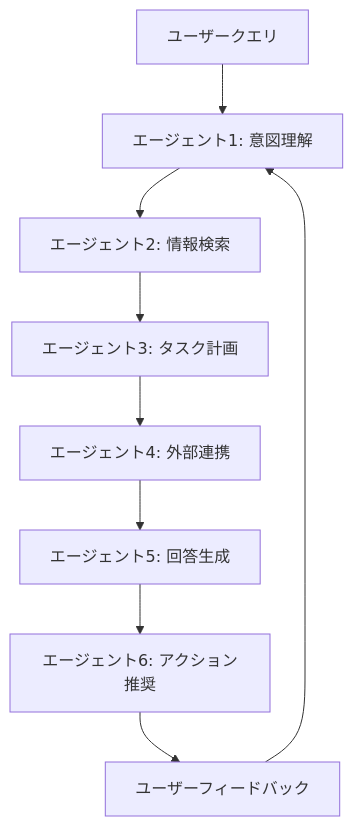
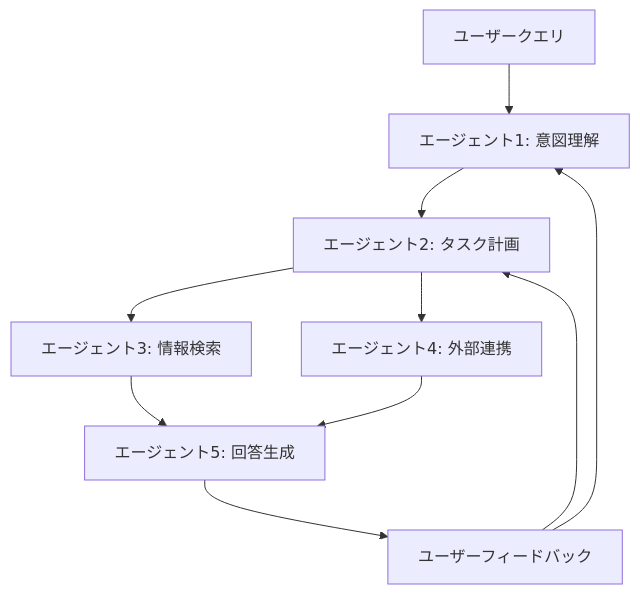
Before and after one commit to matsuni-kk/BMS: the seventh of 7 diagrams in workspace/business_tasks_workspace/projects/company_ai_promotion/archive/documents/manuals/rag_handson_guide.md, drawn with Mermaid. The commit also changed other lines of this file and 1 other file, not shown here.

````diff
--- a/workspace/business_tasks_workspace/projects/company_ai_promotion/archive/documents/manuals/rag_handson_guide.md
+++ b/workspace/business_tasks_workspace/projects/company_ai_promotion/archive/documents/manuals/rag_handson_guide.md
@@ -241,11 +356,12 @@
 ```mermaid
 graph TD
     A[ユーザークエリ] --> B[エージェント1: 意図理解]
-    B --> C[エージェント2: 情報検索]
-    C --> D[エージェント3: タスク計画]
-    D --> E[エージェント4: 外部連携]
-    E --> F[エージェント5: 回答生成]
-    F --> G[エージェント6: アクション推奨]
-    G --> H[ユーザーフィードバック]
-    H --> B
+    B --> C[エージェント2: タスク計画]
+    C --> D[エージェント3: 情報検索]
+    C --> E[エージェント4: 外部連携]
+    D --> F[エージェント5: 回答生成]
+    E --> F
+    F --> G[ユーザーフィードバック]
+    G --> B
+    G --> C
 ```
````
